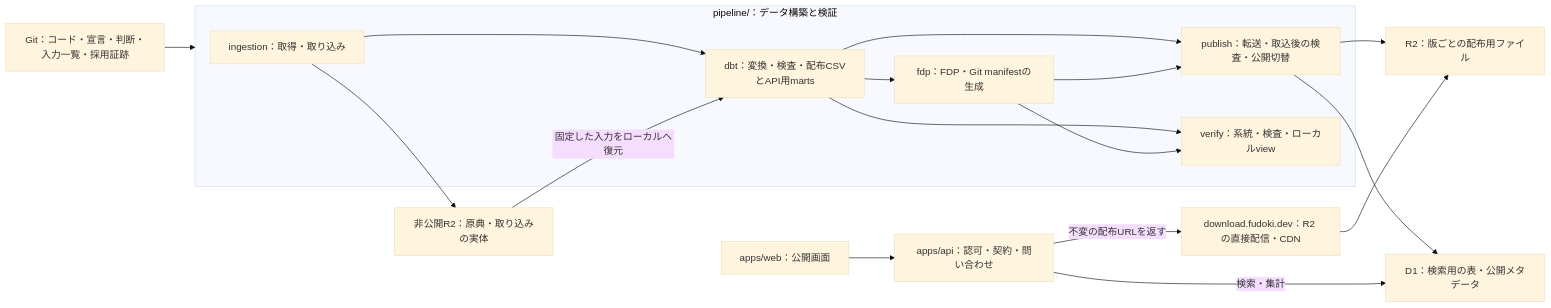
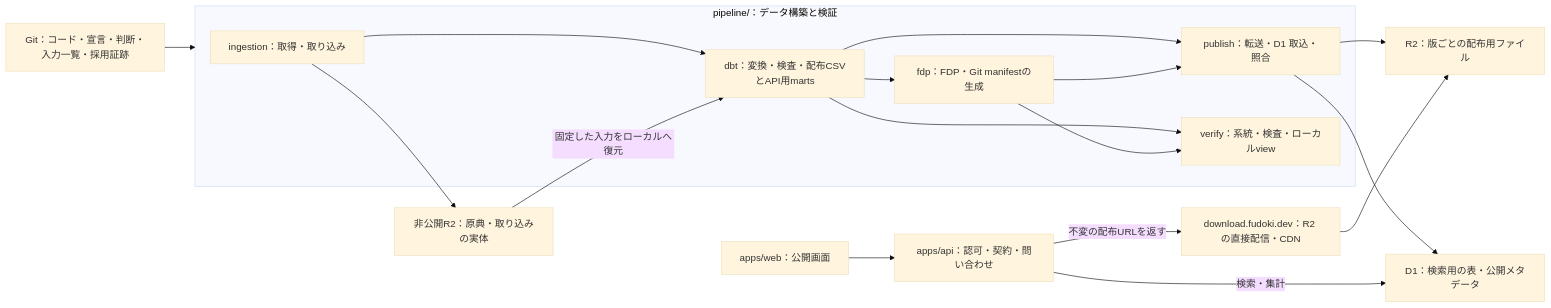
The diagram in docs/design-doc-monorepo.md (wwwyo/fudoki), drawn with Mermaid (base theme) before and after one commit. The commit also changed other lines of this file and 224 other files, not shown here.

````diff
--- a/docs/design-doc-monorepo.md
+++ b/docs/design-doc-monorepo.md
@@ -30,21 +30,21 @@
 ```mermaid
 flowchart LR
   subgraph Pipeline["pipeline/：データ構築と検証"]
     I["ingestion：取得・取り込み"] --> D["dbt：変換・検査・配布CSVとAPI用marts"]
     D --> F["fdp：FDP・Git manifestの生成"]
-    D --> P["publish：転送・取込後の検査・公開切替"]
+    D --> P["publish：転送・D1 取込・照合"]
     F --> P
     D --> V["verify：系統・検査・ローカルview"]
     F --> V
   end
   G["Git：コード・宣言・判断・入力一覧・採用証跡"] --> Pipeline
   I --> N["非公開R2：原典・取り込みの実体"]
   N -->|固定した入力をローカルへ復元| D
   P --> R["R2：版ごとの配布用ファイル"]
   P --> Q["D1：検索用の表・公開メタデータ"]
   A["apps/api：認可・契約・問い合わせ"]
   A -->|検索・集計| Q
   B["download.fudoki.dev：R2 の直接配信・CDN"] --> R
   A -->|不変の配布URLを返す| B
   W["apps/web：公開画面"] --> A
 ```
````
